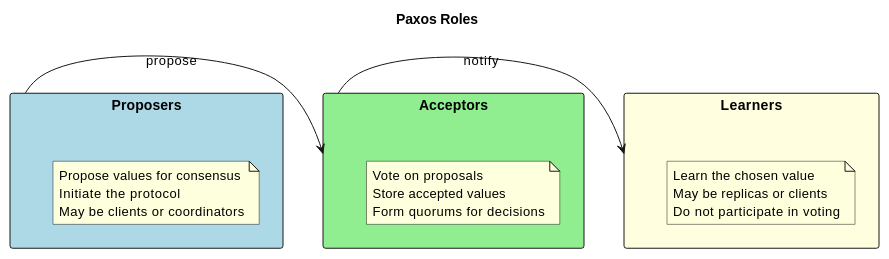
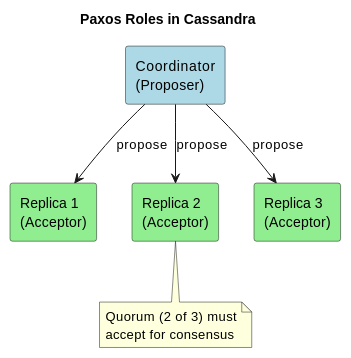
One commit to axonops/documentation changed the first of 3 diagrams in docs/data-platforms/cassandra/architecture/distributed-data/paxos.md. Above: the diagram before and after it, drawn with PlantUML. The commit also changed other lines of this file, not shown here.

Commit message:
consensus algos

````diff
--- a/docs/data-platforms/cassandra/architecture/distributed-data/paxos.md
+++ b/docs/data-platforms/cassandra/architecture/distributed-data/paxos.md
@@ -134,35 +138,22 @@
 ```plantuml
 @startuml
 skinparam backgroundColor #FFFFFF
 skinparam defaultFontName Arial
 
-title Paxos Roles
+title Paxos Roles in Cassandra
 
-rectangle "Proposers" as P #LightBlue {
-    note as PN
-      Propose values for consensus
-      Initiate the protocol
-      May be clients or coordinators
-    end note
-}
+rectangle "Coordinator\n(Proposer)" as P #LightBlue
+rectangle "Replica 1\n(Acceptor)" as A1 #LightGreen
+rectangle "Replica 2\n(Acceptor)" as A2 #LightGreen
+rectangle "Replica 3\n(Acceptor)" as A3 #LightGreen
 
-rectangle "Acceptors" as A #LightGreen {
-    note as AN
-      Vote on proposals
-      Store accepted values
-      Form quorums for decisions
-    end note
-}
+P -down-> A1 : propose
+P -down-> A2 : propose
+P -down-> A3 : propose
 
-rectangle "Learners" as L #LightYellow {
-    note as LN
-      Learn the chosen value
-      May be replicas or clients
-      Do not participate in voting
-    end note
-}
-
-P -right-> A : propose
-A -right-> L : notify
+note bottom of A2
+  Quorum (2 of 3) must
+  accept for consensus
+end note
 @enduml
 ```
````
